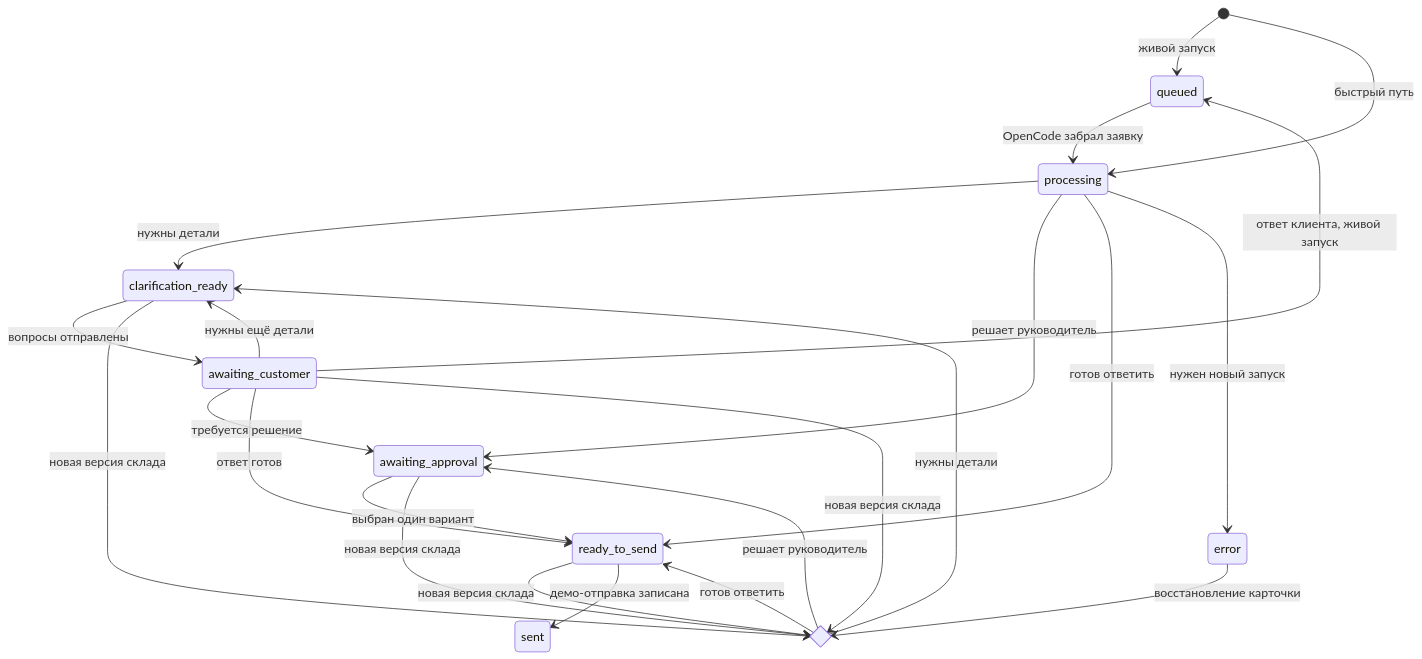
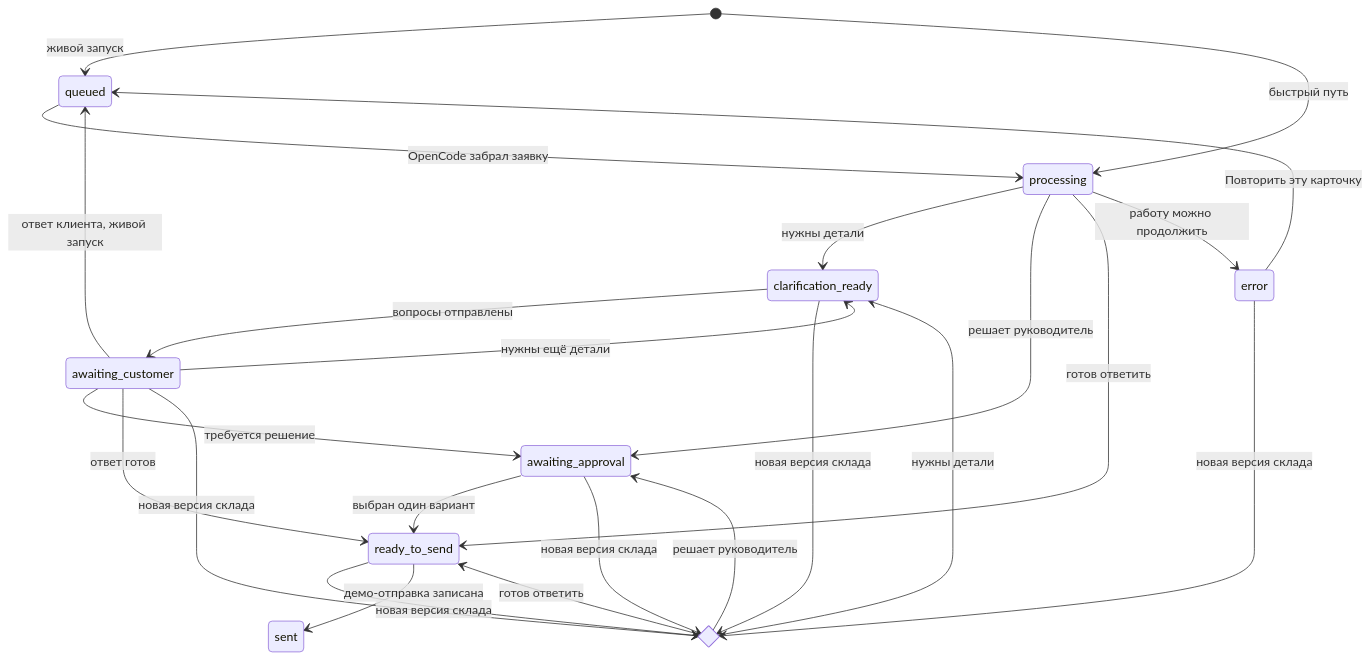
Before and after one commit to Matrix6892/Pilot_webinars: the second of 2 diagrams in docs/ARCHITECTURE-AND-WEBINAR.md, drawn with Mermaid. The commit also changed other lines of this file and 16 other files, not shown here.

````diff
--- a/docs/ARCHITECTURE-AND-WEBINAR.md
+++ b/docs/ARCHITECTURE-AND-WEBINAR.md
@@ -560,29 +578,30 @@
 ```mermaid
 stateDiagram-v2
     [*] --> queued: живой запуск
     [*] --> processing: быстрый путь
     queued --> processing: OpenCode забрал заявку
 
     processing --> clarification_ready: нужны детали
     processing --> awaiting_approval: решает руководитель
     processing --> ready_to_send: готов ответить
-    processing --> error: нужен новый запуск
+    processing --> error: работу можно продолжить
+    error --> queued: Повторить эту карточку
 
     clarification_ready --> awaiting_customer: вопросы отправлены
     awaiting_customer --> queued: ответ клиента, живой запуск
     awaiting_customer --> clarification_ready: нужны ещё детали
     awaiting_customer --> awaiting_approval: требуется решение
     awaiting_customer --> ready_to_send: ответ готов
 
     awaiting_approval --> ready_to_send: выбран один вариант
     state recalc_result <<choice>>
     clarification_ready --> recalc_result: новая версия склада
     awaiting_customer --> recalc_result: новая версия склада
     awaiting_approval --> recalc_result: новая версия склада
     ready_to_send --> recalc_result: новая версия склада
-    error --> recalc_result: восстановление карточки
+    error --> recalc_result: новая версия склада
     recalc_result --> clarification_ready: нужны детали
     recalc_result --> awaiting_approval: решает руководитель
     recalc_result --> ready_to_send: готов ответить
     ready_to_send --> sent: демо-отправка записана
 ```
````
